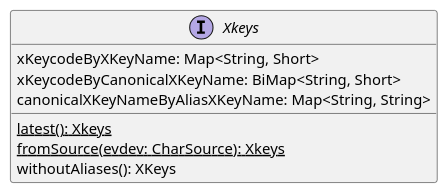
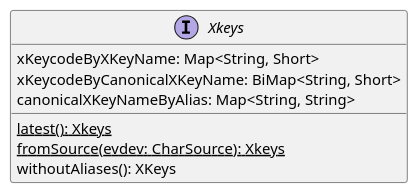
One commit to oliviercailloux/Keyboardd changed the diagram in XKeys.wsd. Above: the diagram before and after it, drawn with PlantUML. The commit also changed 19 other files, not shown here.

```diff
--- a/XKeys.wsd
+++ b/XKeys.wsd
@@ -1,12 +1,12 @@
 @startuml XKeys
 
 interface "Xkeys" {
   {static} latest(): Xkeys
   {static} fromSource(evdev: CharSource): Xkeys
   xKeycodeByXKeyName: Map<String, Short>
   xKeycodeByCanonicalXKeyName: BiMap<String, Short>
-  canonicalXKeyNameByAliasXKeyName: Map<String, String>
+  canonicalXKeyNameByAlias: Map<String, String>
   withoutAliases(): XKeys
 }
 
 @enduml
```
